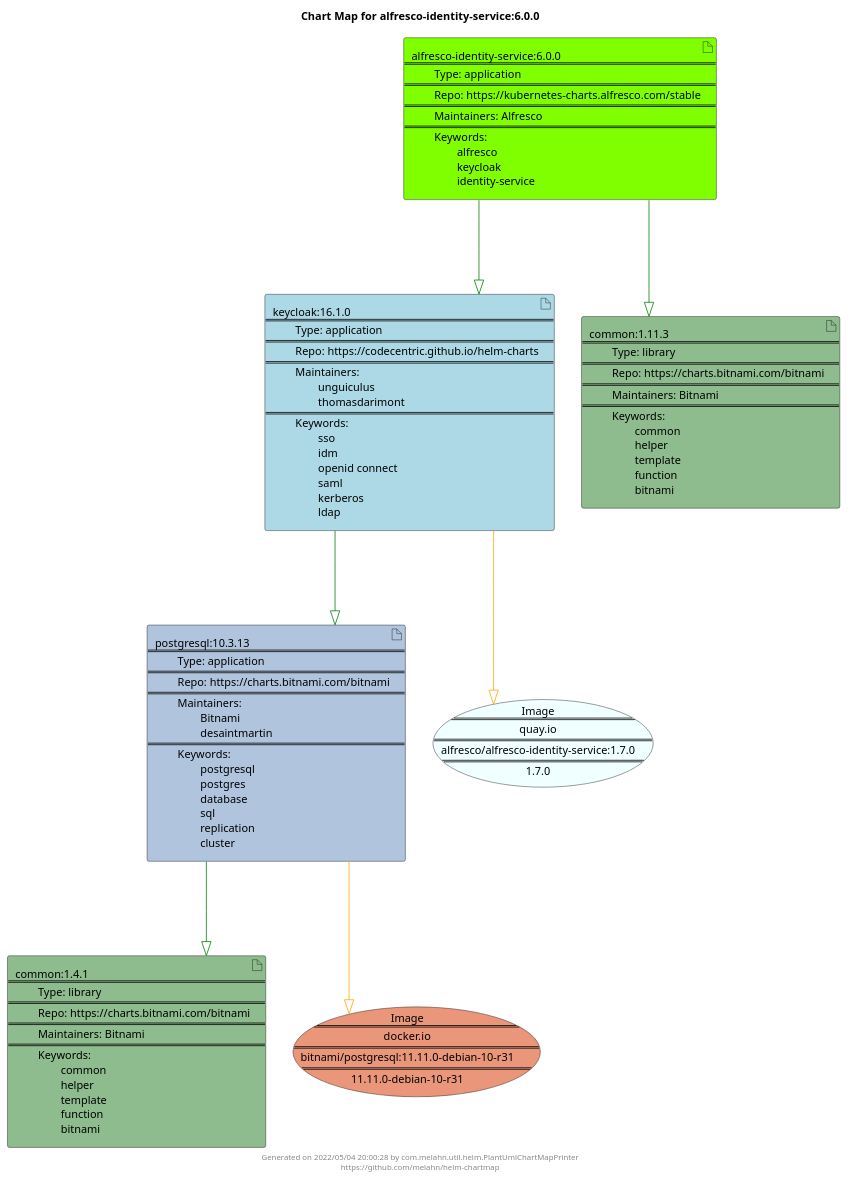
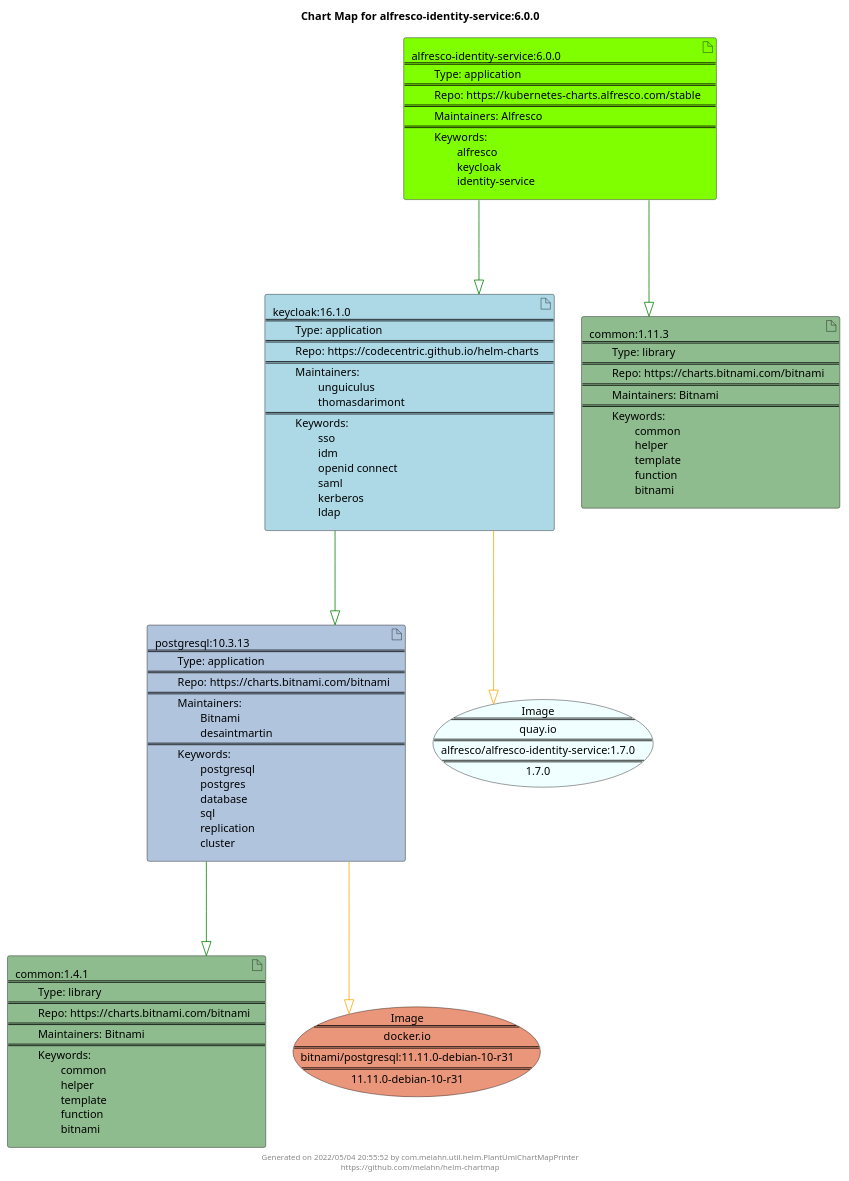
The diagram in docs/alfresco-identity-service/alfresco-identity-service-6.0.0.puml (melahn/helm-chartmap), drawn with PlantUML before and after one commit. The commit also changed 68 other files, not shown here.

Commit message:
Update Example Chart Maps as part of GitHub build

```diff
--- a/docs/alfresco-identity-service/alfresco-identity-service-6.0.0.puml
+++ b/docs/alfresco-identity-service/alfresco-identity-service-6.0.0.puml
@@ -1,31 +1,31 @@
 @startuml
 skinparam linetype ortho
 skinparam backgroundColor white
 skinparam usecaseBorderColor black
 skinparam usecaseArrowColor LightSlateGray
 skinparam artifactBorderColor black
 skinparam artifactArrowColor LightSlateGray
 
 title Chart Map for alfresco-identity-service:6.0.0
 
 'There are 5 referenced Helm Charts
 artifact "common:1.4.1\n====\n\tType: library\n====\n\tRepo: https://charts.bitnami.com/bitnami\n====\n\tMaintainers: Bitnami\n====\n\tKeywords: \n\t\tcommon\n\t\thelper\n\t\ttemplate\n\t\tfunction\n\t\tbitnami" as common_1_4_1 #DarkSeaGreen
 artifact "keycloak:16.1.0\n====\n\tType: application\n====\n\tRepo: https://codecentric.github.io/helm-charts\n====\n\tMaintainers: \n\t\tunguiculus\n\t\tthomasdarimont\n====\n\tKeywords: \n\t\tsso\n\t\tidm\n\t\topenid connect\n\t\tsaml\n\t\tkerberos\n\t\tldap" as keycloak_16_1_0 #LightBlue
 artifact "postgresql:10.3.13\n====\n\tType: application\n====\n\tRepo: https://charts.bitnami.com/bitnami\n====\n\tMaintainers: \n\t\tBitnami\n\t\tdesaintmartin\n====\n\tKeywords: \n\t\tpostgresql\n\t\tpostgres\n\t\tdatabase\n\t\tsql\n\t\treplication\n\t\tcluster" as postgresql_10_3_13 #LightSteelBlue
 artifact "alfresco-identity-service:6.0.0\n====\n\tType: application\n====\n\tRepo: https://kubernetes-charts.alfresco.com/stable\n====\n\tMaintainers: Alfresco\n====\n\tKeywords: \n\t\talfresco\n\t\tkeycloak\n\t\tidentity-service" as alfresco_identity_service_6_0_0 #Chartreuse
 artifact "common:1.11.3\n====\n\tType: library\n====\n\tRepo: https://charts.bitnami.com/bitnami\n====\n\tMaintainers: Bitnami\n====\n\tKeywords: \n\t\tcommon\n\t\thelper\n\t\ttemplate\n\t\tfunction\n\t\tbitnami" as common_1_11_3 #DarkSeaGreen
 
 'There are 2 referenced Docker Images
 usecase "Image\n====\nquay.io\n====\nalfresco/alfresco-identity-service:1.7.0\n====\n1.7.0" as quay_io_alfresco_alfresco_identity_service_1_7_0 #Azure
 usecase "Image\n====\ndocker.io\n====\nbitnami/postgresql:11.11.0-debian-10-r31\n====\n11.11.0-debian-10-r31" as docker_io_bitnami_postgresql_11_11_0_debian_10_r31 #DarkSalmon
 
 'Chart Dependencies
 alfresco_identity_service_6_0_0--[#green]-|>common_1_11_3
 alfresco_identity_service_6_0_0--[#green]-|>keycloak_16_1_0
 keycloak_16_1_0--[#green]-|>postgresql_10_3_13
 postgresql_10_3_13--[#green]-|>common_1_4_1
 keycloak_16_1_0--[#orange]-|>quay_io_alfresco_alfresco_identity_service_1_7_0
 postgresql_10_3_13--[#orange]-|>docker_io_bitnami_postgresql_11_11_0_debian_10_r31
 
-center footer Generated on 2022/05/04 20:00:28 by com.melahn.util.helm.PlantUmlChartMapPrinter\nhttps://github.com/melahn/helm-chartmap
+center footer Generated on 2022/05/04 20:55:52 by com.melahn.util.helm.PlantUmlChartMapPrinter\nhttps://github.com/melahn/helm-chartmap
 @enduml
```
